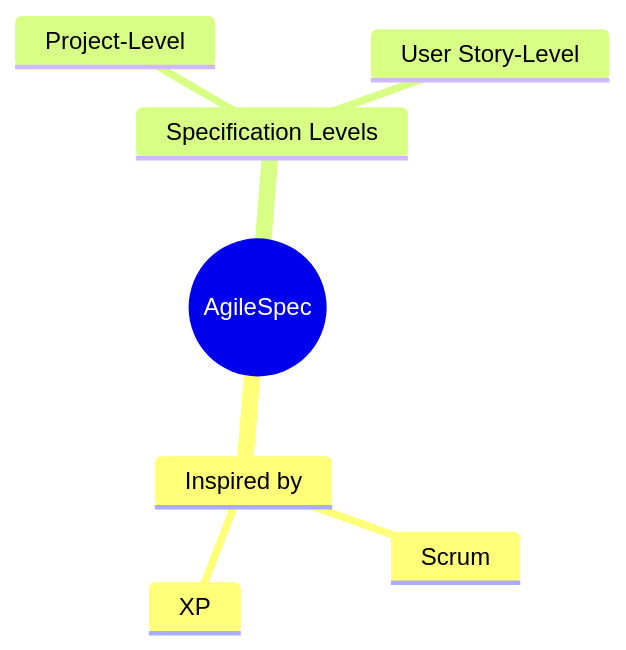
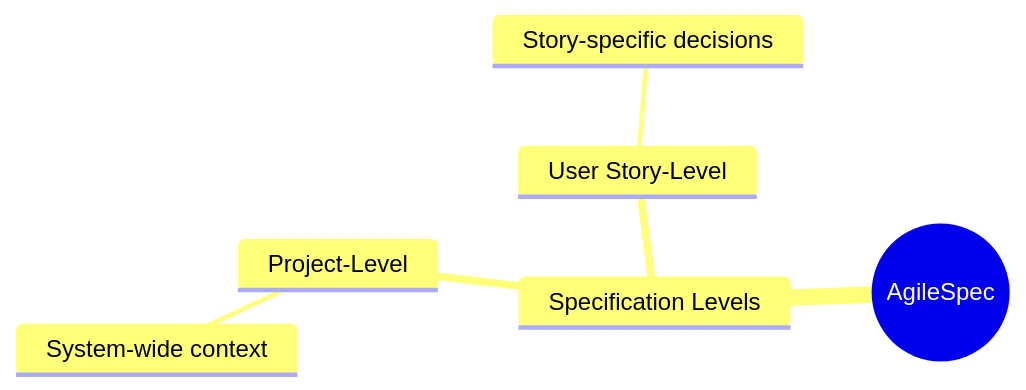
Before and after one commit to mtov/AgileSpec: the first of 5 diagrams in README.md, drawn with Mermaid. The commit also changed other lines of this file and 14 other files, not shown here.

````diff
--- a/README.md
+++ b/README.md
@@ -24,10 +26,9 @@
 ```mermaid
 mindmap
   root((AgileSpec))
-    Inspired by
-      Scrum
-      XP
     Specification Levels
       Project-Level
+        System-wide context
       User Story-Level
+        Story-specific decisions
 ```
````
